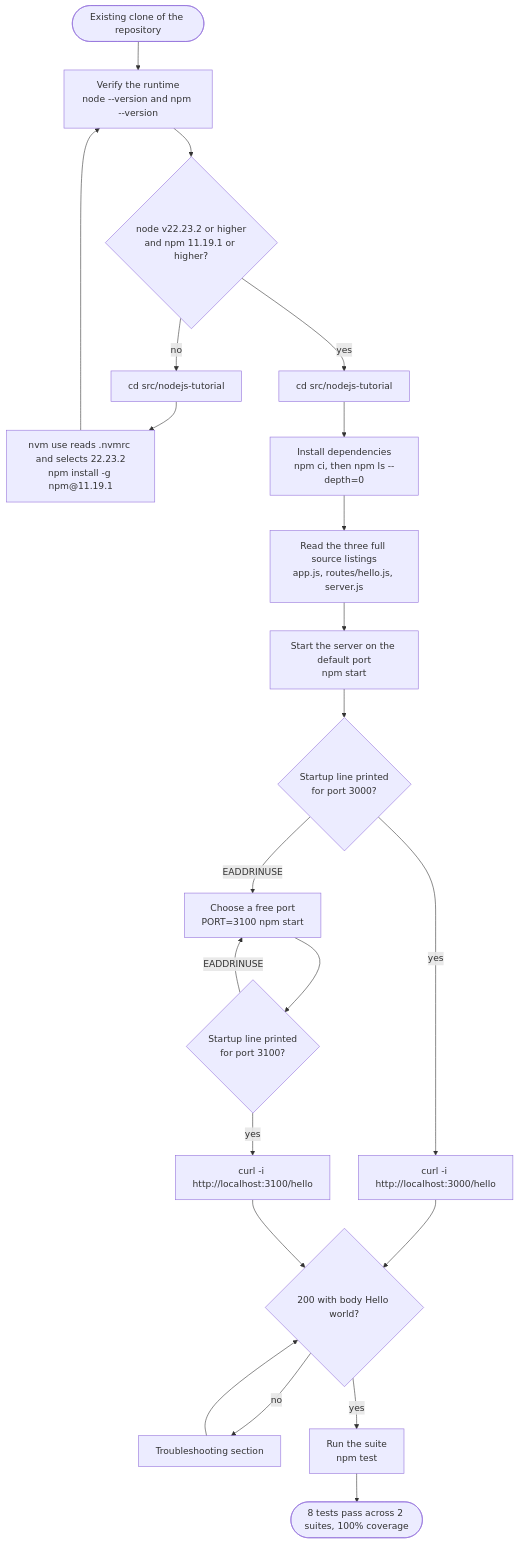
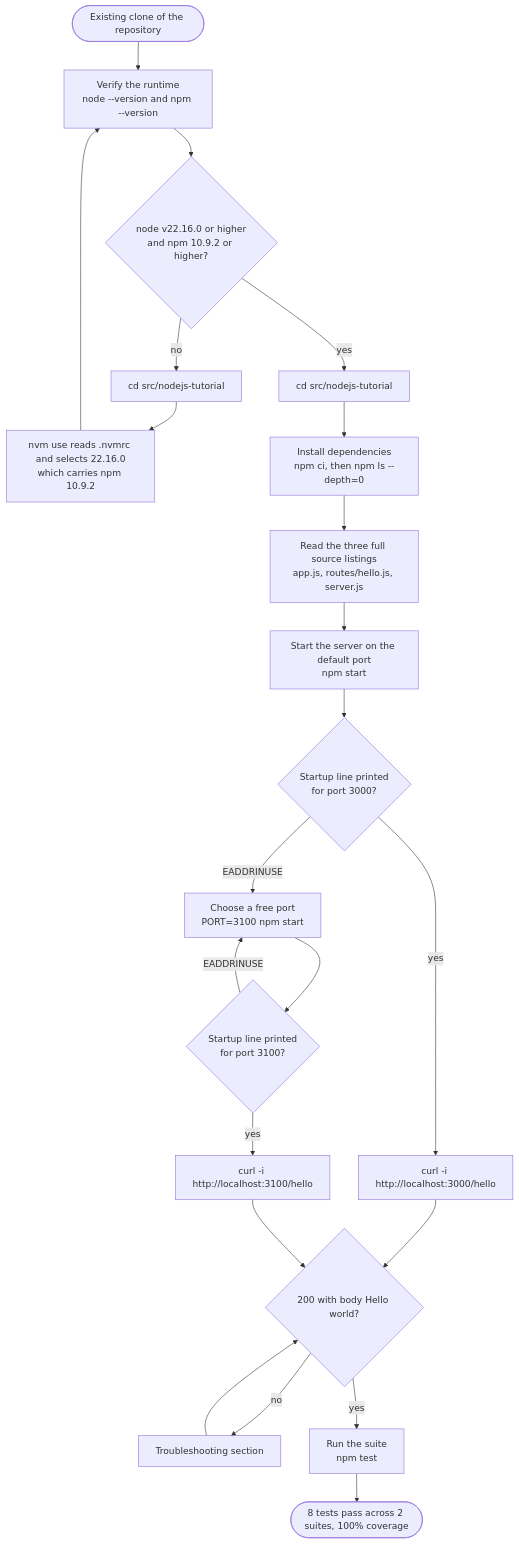
One commit to blitzytest02/blitzy-20250603112937552 changed the first of 3 diagrams in src/nodejs-tutorial/README.md. Above: the diagram before and after it, drawn with Mermaid. The commit also changed other lines of this file and 8 other files, not shown here.

````diff
--- a/src/nodejs-tutorial/README.md
+++ b/src/nodejs-tutorial/README.md
@@ -35,24 +35,24 @@
 ```mermaid
 flowchart TD
     Start([Existing clone of the repository]) --> Prereq["Verify the runtime<br/>node --version and npm --version"]
-    Prereq --> PrereqOK{"node v22.23.2 or higher<br/>and npm 11.19.1 or higher?"}
+    Prereq --> PrereqOK{"node v22.16.0 or higher<br/>and npm 10.9.2 or higher?"}
     PrereqOK -- no --> Enter1["cd src/nodejs-tutorial"]
-    Enter1 --> Upgrade["nvm use reads .nvmrc and selects 22.23.2<br/>npm install -g npm@11.19.1"]
+    Enter1 --> Upgrade["nvm use reads .nvmrc and selects 22.16.0<br/>which carries npm 10.9.2"]
     Upgrade --> Prereq
     PrereqOK -- yes --> Enter2["cd src/nodejs-tutorial"]
     Enter2 --> Install["Install dependencies<br/>npm ci, then npm ls --depth=0"]
     Install --> Read["Read the three full source listings<br/>app.js, routes/hello.js, server.js"]
     Read --> Run["Start the server on the default port<br/>npm start"]
     Run --> Bound{"Startup line printed<br/>for port 3000?"}
     Bound -- "EADDRINUSE" --> Override["Choose a free port<br/>PORT=3100 npm start"]
     Override --> Bound3100{"Startup line printed<br/>for port 3100?"}
     Bound -- yes --> Call3000["curl -i http://localhost:3000/hello"]
     Bound3100 -- yes --> Call3100["curl -i http://localhost:3100/hello"]
     Bound3100 -- "EADDRINUSE" --> Override
     Call3000 --> Verify{"200 with body Hello world?"}
     Call3100 --> Verify
     Verify -- no --> Trouble["Troubleshooting section"]
     Trouble --> Verify
     Verify -- yes --> Test["Run the suite<br/>npm test"]
     Test --> Done([8 tests pass across 2 suites, 100% coverage])
 ```
````
